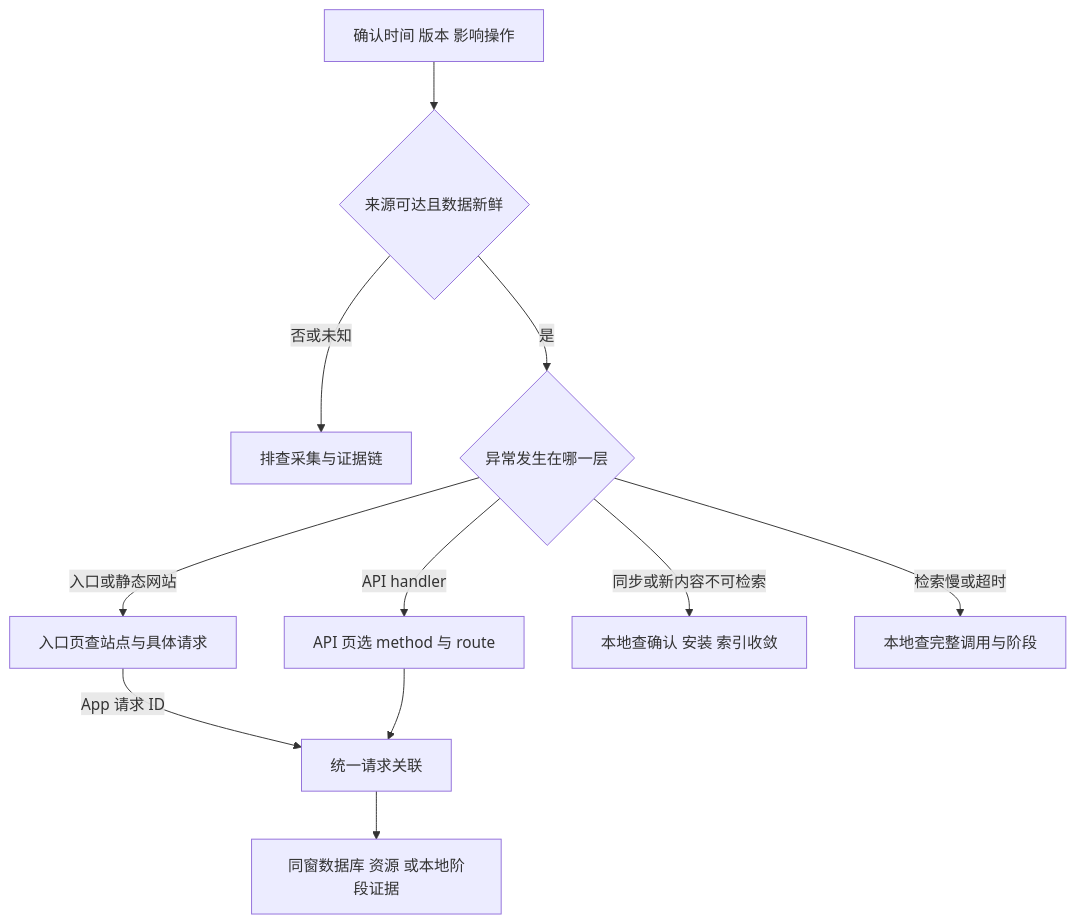
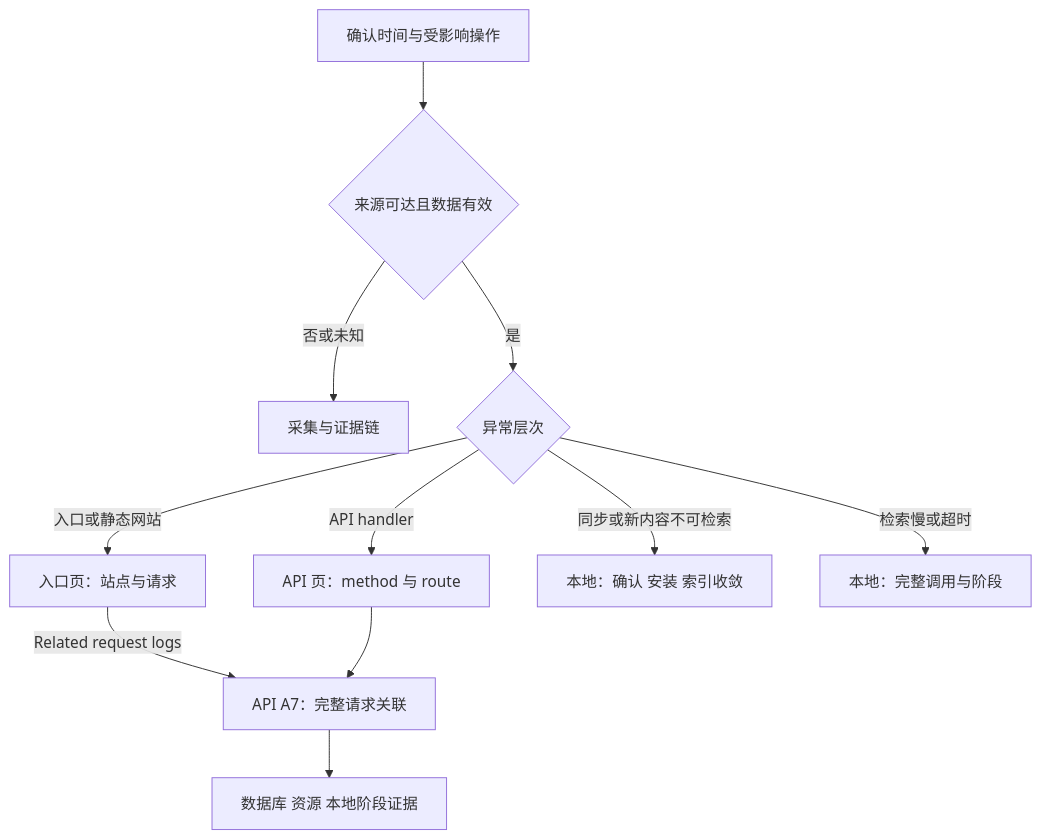
The diagram in docs/zh/performance/observability-runbook.md (lilhammerfun/clumsies), drawn with Mermaid before and after one commit. The commit also changed other lines of this file and 16 other files, not shown here.

````diff
--- a/docs/zh/performance/observability-runbook.md
+++ b/docs/zh/performance/observability-runbook.md
@@ -30,13 +26,13 @@
 ```mermaid
 flowchart TB
-    Start["确认时间 版本 影响操作"] --> Confidence{"来源可达且数据新鲜"}
-    Confidence -->|否或未知| Data["排查采集与证据链"]
-    Confidence -->|是| Scope{"异常发生在哪一层"}
-    Scope -->|入口或静态网站| Web["入口页查站点与具体请求"]
-    Scope -->|API handler| API["API 页选 method 与 route"]
-    Scope -->|同步或新内容不可检索| Sync["本地查确认 安装 索引收敛"]
-    Scope -->|检索慢或超时| Search["本地查完整调用与阶段"]
-    Web -->|App 请求 ID| Request["统一请求关联"]
+    Start["确认时间与受影响操作"] --> Confidence{"来源可达且数据有效"}
+    Confidence -->|否或未知| Data["采集与证据链"]
+    Confidence -->|是| Scope{"异常层次"}
+    Scope -->|入口或静态网站| Web["入口页：站点与请求"]
+    Scope -->|API handler| API["API 页：method 与 route"]
+    Scope -->|同步或新内容不可检索| Sync["本地：确认 安装 索引收敛"]
+    Scope -->|检索慢或超时| Search["本地：完整调用与阶段"]
+    Web -->|Related request logs| Request["API A7：完整请求关联"]
     API --> Request
-    Request --> Dependency["同窗数据库 资源 或本地阶段证据"]
+    Request --> Dependency["数据库 资源 本地阶段证据"]
 ```
````
